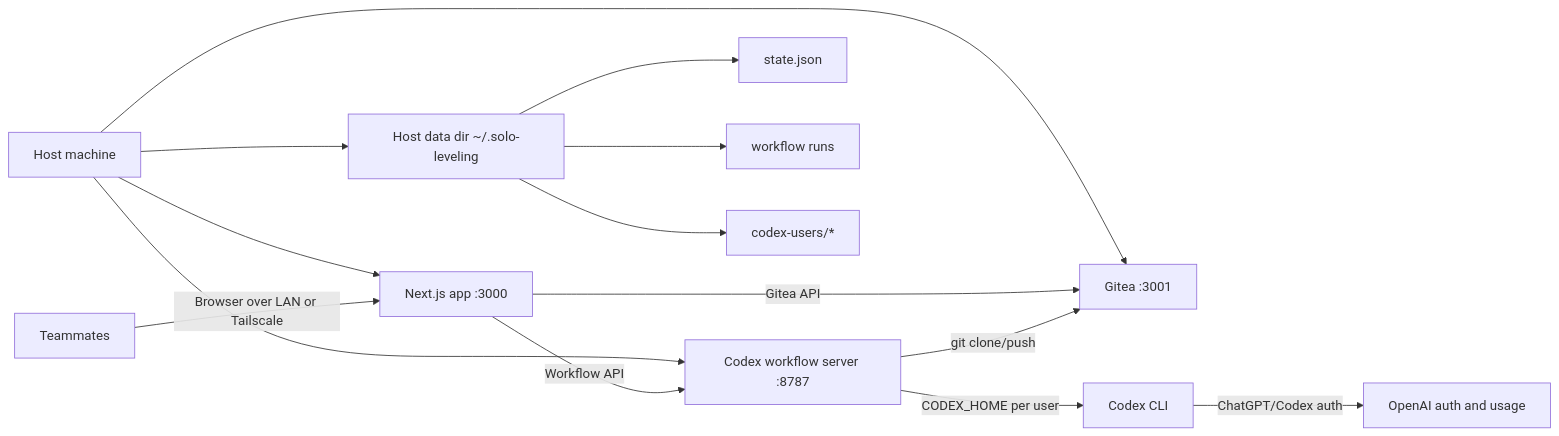
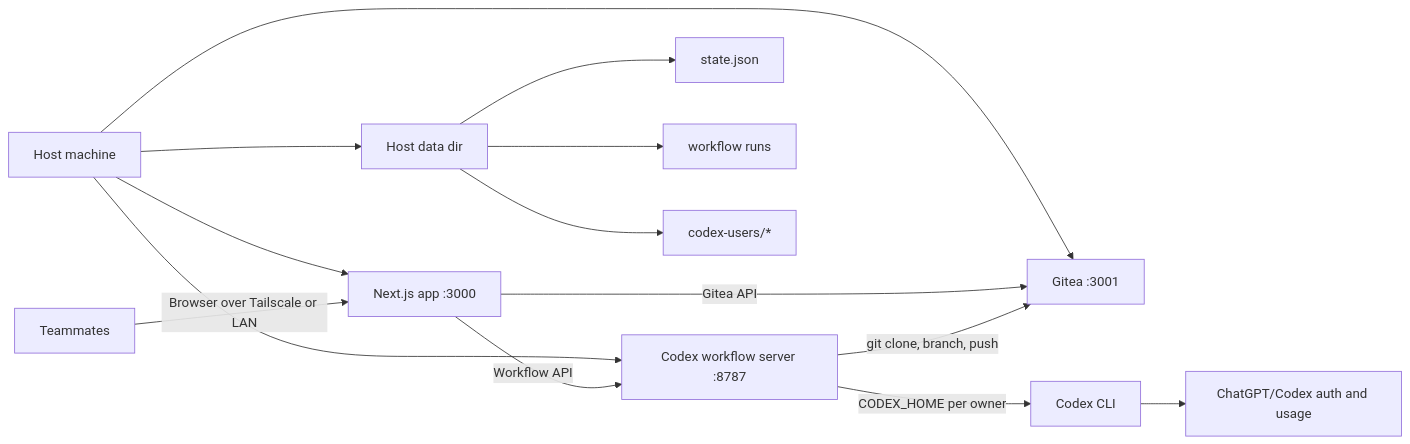
Before and after one commit to leonidas1312/group-leveling: the first of 9 diagrams in ARCHITECTURE.md, drawn with Mermaid. The commit also changed other lines of this file and 12 other files, not shown here.

````diff
--- a/ARCHITECTURE.md
+++ b/ARCHITECTURE.md
@@ -28,17 +29,17 @@
 ```mermaid
 flowchart LR
   Host["Host machine"] --> App["Next.js app :3000"]
   Host --> Gitea["Gitea :3001"]
-  Host --> Workflow["Codex workflow server :8787"]
-  Host --> Store["Host data dir ~/.solo-leveling"]
+  Host --> Runner["Codex workflow server :8787"]
+  Host --> Data["Host data dir"]
 
-  Users["Teammates"] -->|Browser over LAN or Tailscale| App
+  Users["Teammates"] -->|Browser over Tailscale or LAN| App
   App -->|Gitea API| Gitea
-  App -->|Workflow API| Workflow
-  Workflow -->|git clone/push| Gitea
-  Workflow -->|CODEX_HOME per user| Codex[Codex CLI]
-  Codex -->|ChatGPT/Codex auth| OpenAI[OpenAI auth and usage]
-  Store --> State["state.json"]
-  Store --> Runs["workflow runs"]
-  Store --> Profiles["codex-users/*"]
+  App -->|Workflow API| Runner
+  Runner -->|git clone, branch, push| Gitea
+  Runner -->|CODEX_HOME per owner| Codex["Codex CLI"]
+  Codex --> OpenAI["ChatGPT/Codex auth and usage"]
+  Data --> State["state.json"]
+  Data --> Runs["workflow runs"]
+  Data --> Homes["codex-users/*"]
 ```
````
